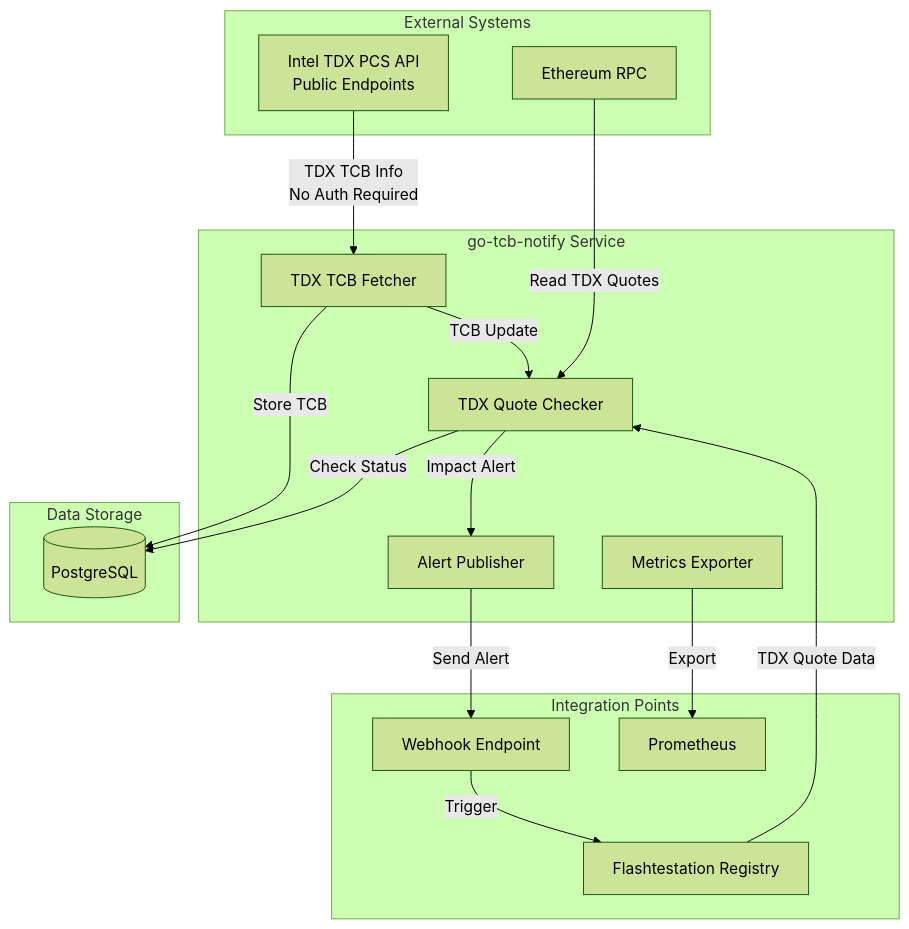
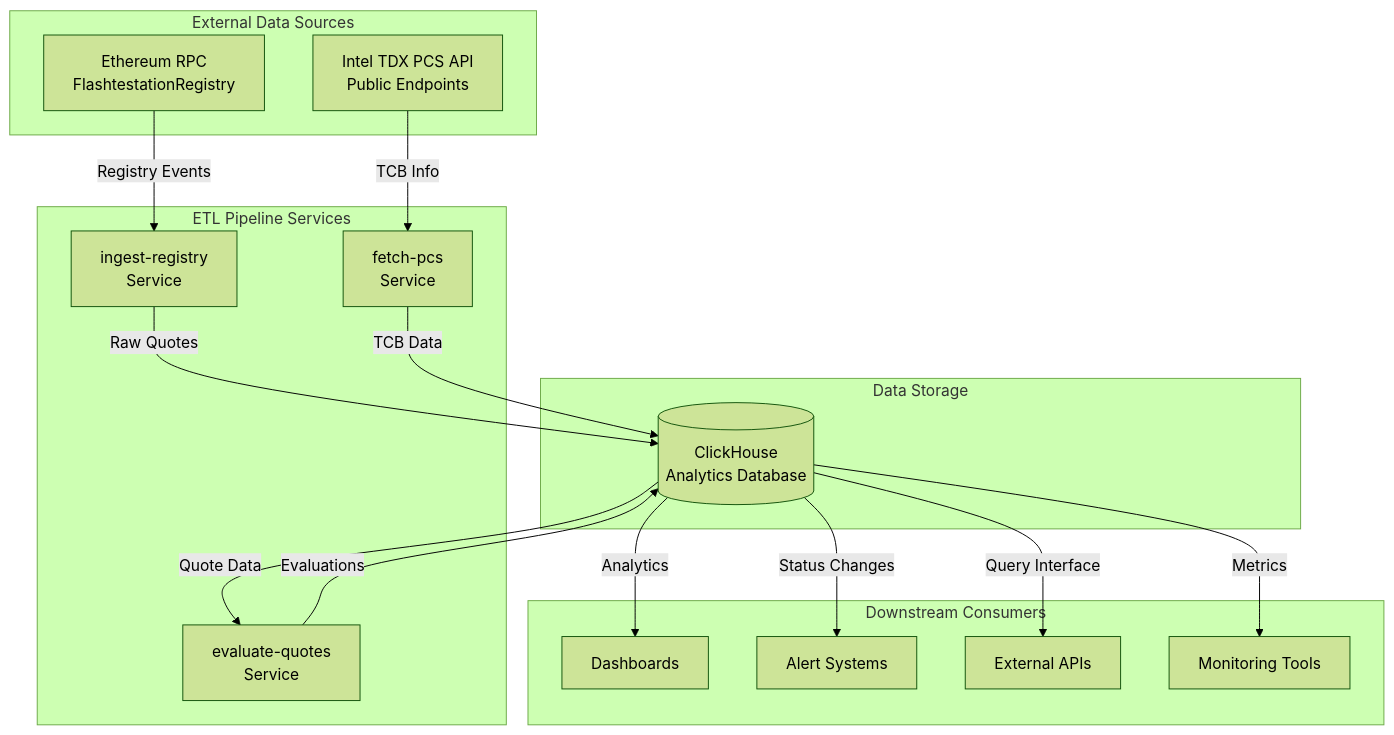
The first of 3 diagrams in docs/architecture.md (MoeMahhouk/go-tcb-notify), drawn with Mermaid (forest theme) before and after one commit. The commit also changed other lines of this file and 38 other files, not shown here.

````diff
--- a/docs/architecture.md
+++ b/docs/architecture.md
@@ -18,35 +18,36 @@
 ```mermaid
 graph TB
-    subgraph "External Systems"
+    subgraph "External Data Sources"
+        ETH[Ethereum RPC<br/>FlashtestationRegistry]
         PCS[Intel TDX PCS API<br/>Public Endpoints]
-        ETH[Ethereum RPC]
     end
-    
-    subgraph "go-tcb-notify Service"
-        F[TDX TCB Fetcher]
-        C[TDX Quote Checker]
-        A[Alert Publisher]
-        M[Metrics Exporter]
+
+    subgraph "ETL Pipeline Services"
+        IR[ingest-registry<br/>Service]
+        FP[fetch-pcs<br/>Service]
+        EQ[evaluate-quotes<br/>Service]
     end
-    
+
     subgraph "Data Storage"
-        DB[(PostgreSQL)]
+        CH[(ClickHouse<br/>Analytics Database)]
     end
-    
-    subgraph "Integration Points"
-        W[Webhook Endpoint]
-        R[Flashtestation Registry]
-        P[Prometheus]
+
+    subgraph "Downstream Consumers"
+        DASH[Dashboards]
+        ALERT[Alert Systems]
+        API[External APIs]
+        MON[Monitoring Tools]
     end
-    
-    PCS -->|TDX TCB Info<br/>No Auth Required| F
-    F -->|Store TCB| DB
-    F -->|TCB Update| C
-    ETH -->|Read TDX Quotes| C
-    R -->|TDX Quote Data| C
-    C -->|Check Status| DB
-    C -->|Impact Alert| A
-    A -->|Send Alert| W
-    M -->|Export| P
-    W -->|Trigger| R
+
+    ETH -->|Registry Events| IR
+    PCS -->|TCB Info| FP
+    IR -->|Raw Quotes| CH
+    FP -->|TCB Data| CH
+    CH -->|Quote Data| EQ
+    EQ -->|Evaluations| CH
+    CH -->|Analytics| DASH
+    CH -->|Status Changes| ALERT
+    CH -->|Query Interface| API
+    CH -->|Metrics| MON
+
 ```
````
